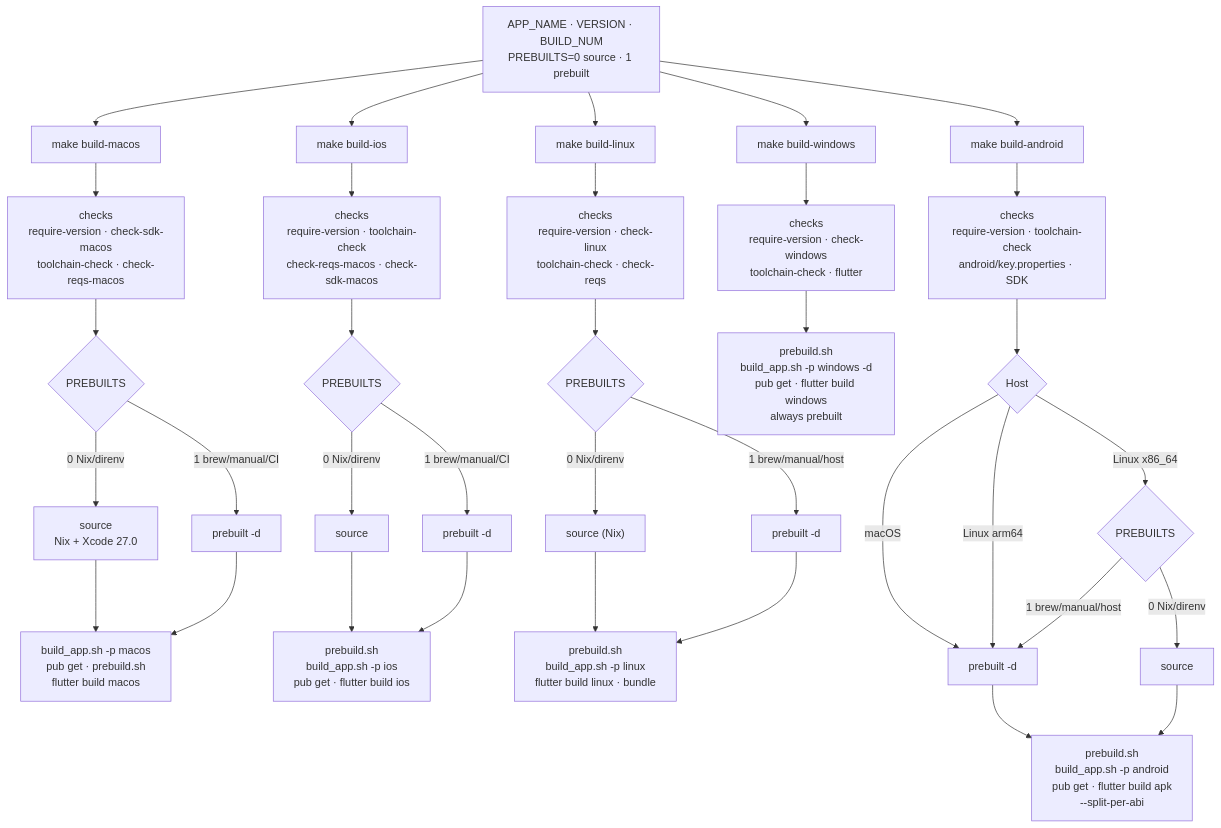
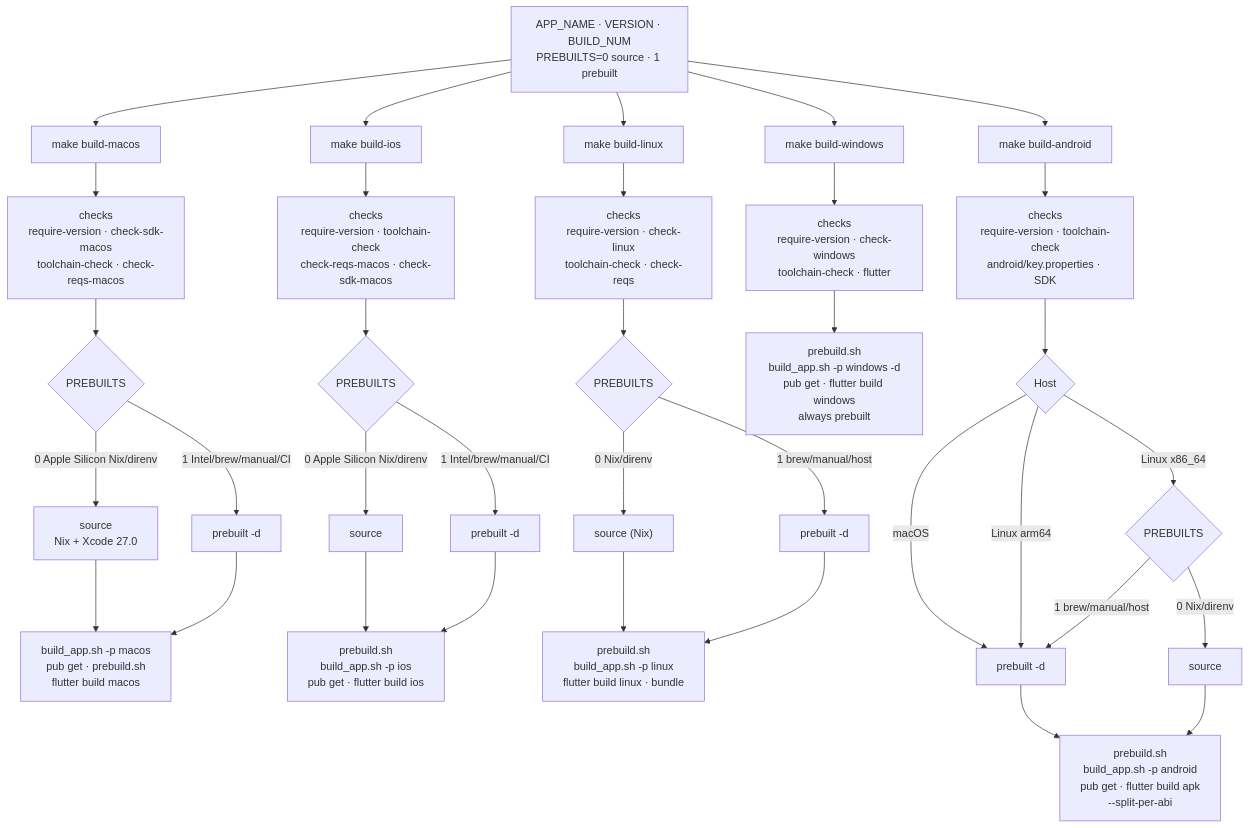
One commit to cypherstack/stack_wallet changed the second of 2 diagrams in docs/building/make-flow.md. Above: the diagram before and after it, drawn with Mermaid.

Commit message:
docs: label the Intel prebuilt branch in the flow diagram
Nix/direnv defaults to source only on Apple Silicon; Intel is prebuilt.

````diff
--- a/docs/building/make-flow.md
+++ b/docs/building/make-flow.md
@@ -57,43 +57,43 @@
 ```mermaid
 flowchart TD
     O["APP_NAME · VERSION · BUILD_NUM<br/>PREBUILTS=0 source · 1 prebuilt"]
     O --> MAC["make build-macos"]
     O --> IOS["make build-ios"]
     O --> LINUX["make build-linux"]
     O --> WIN["make build-windows"]
     O --> AND["make build-android"]
 
     MAC --> MC["checks<br/>require-version · check-sdk-macos<br/>toolchain-check · check-reqs-macos"]
     MC --> MP{"PREBUILTS"}
-    MP -- "0 Nix/direnv" --> MS["source<br/>Nix + Xcode 27.0"]
-    MP -- "1 brew/manual/CI" --> MB["prebuilt -d"]
+    MP -- "0 Apple Silicon Nix/direnv" --> MS["source<br/>Nix + Xcode 27.0"]
+    MP -- "1 Intel/brew/manual/CI" --> MB["prebuilt -d"]
     MS --> MR["build_app.sh -p macos<br/>pub get · prebuild.sh<br/>flutter build macos"]
     MB --> MR
 
     IOS --> IC["checks<br/>require-version · toolchain-check<br/>check-reqs-macos · check-sdk-macos"]
     IC --> IP{"PREBUILTS"}
-    IP -- "0 Nix/direnv" --> IS["source"]
-    IP -- "1 brew/manual/CI" --> IB["prebuilt -d"]
+    IP -- "0 Apple Silicon Nix/direnv" --> IS["source"]
+    IP -- "1 Intel/brew/manual/CI" --> IB["prebuilt -d"]
     IS --> IR["prebuild.sh<br/>build_app.sh -p ios<br/>pub get · flutter build ios"]
     IB --> IR
 
     LINUX --> LC["checks<br/>require-version · check-linux<br/>toolchain-check · check-reqs"]
     LC --> LP{"PREBUILTS"}
     LP -- "0 Nix/direnv" --> LS["source (Nix)"]
     LP -- "1 brew/manual/host" --> LB["prebuilt -d"]
     LS --> LR["prebuild.sh<br/>build_app.sh -p linux<br/>flutter build linux · bundle"]
     LB --> LR
 
     WIN --> WC["checks<br/>require-version · check-windows<br/>toolchain-check · flutter"]
     WC --> WR["prebuild.sh<br/>build_app.sh -p windows -d<br/>pub get · flutter build windows<br/>always prebuilt"]
 
     AND --> AC["checks<br/>require-version · toolchain-check<br/>android/key.properties · SDK"]
     AC --> AH{"Host"}
     AH -- macOS --> AB["prebuilt -d"]
     AH -- "Linux arm64" --> AB
     AH -- "Linux x86_64" --> AP{"PREBUILTS"}
     AP -- "0 Nix/direnv" --> AS["source"]
     AP -- "1 brew/manual/host" --> AB
     AB --> AR["prebuild.sh<br/>build_app.sh -p android<br/>pub get · flutter build apk<br/>--split-per-abi"]
     AS --> AR
 ```
````
